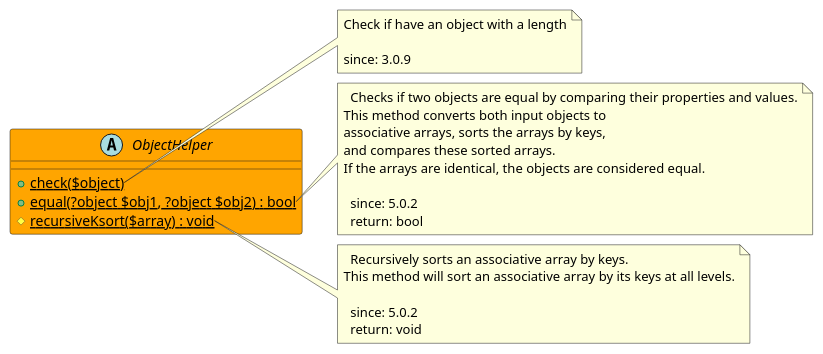
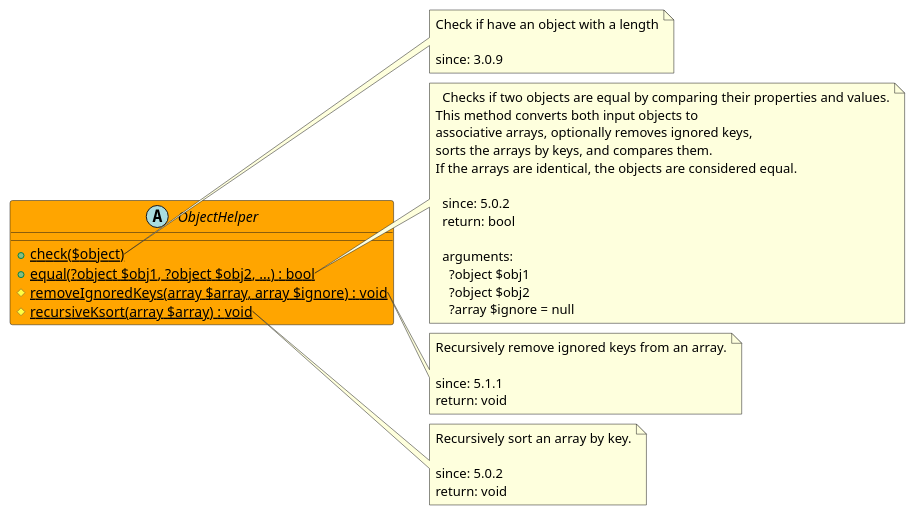
Before and after one commit to joomengine/super-powers: the diagram in src/91004529-94a9-4590-b842-e7c6b624ecf5/README.md, drawn with PlantUML. The commit also changed other lines of this file and 238 other files, not shown here.

````diff
--- a/src/91004529-94a9-4590-b842-e7c6b624ecf5/README.md
+++ b/src/91004529-94a9-4590-b842-e7c6b624ecf5/README.md
@@ -12,35 +5,48 @@
 ```uml
 @startuml
+
 abstract ObjectHelper  #Orange {
   + {static} check($object)
-  + {static} equal(?object $obj1, ?object $obj2) : bool
-  # {static} recursiveKsort($array) : void
+  + {static} equal(?object $obj1, ?object $obj2, ...) : bool
+  # {static} removeIgnoredKeys(array $array, array $ignore) : void
+  # {static} recursiveKsort(array $array) : void
 }
 
 note right of ObjectHelper::check
   Check if have an object with a length
 
   since: 3.0.9
 end note
 
 note right of ObjectHelper::equal
   Checks if two objects are equal by comparing their properties and values.
 This method converts both input objects to
-associative arrays, sorts the arrays by keys,
-and compares these sorted arrays.
+associative arrays, optionally removes ignored keys,
+sorts the arrays by keys, and compares them.
 If the arrays are identical, the objects are considered equal.
 
   since: 5.0.2
   return: bool
+  
+  arguments:
+    ?object $obj1
+    ?object $obj2
+    ?array $ignore = null
+end note
+
+note right of ObjectHelper::removeIgnoredKeys
+  Recursively remove ignored keys from an array.
+
+  since: 5.1.1
+  return: void
 end note
 
 note right of ObjectHelper::recursiveKsort
-  Recursively sorts an associative array by keys.
-This method will sort an associative array by its keys at all levels.
+  Recursively sort an array by key.
 
   since: 5.0.2
   return: void
 end note
- 
+
 @enduml
 ```
````
